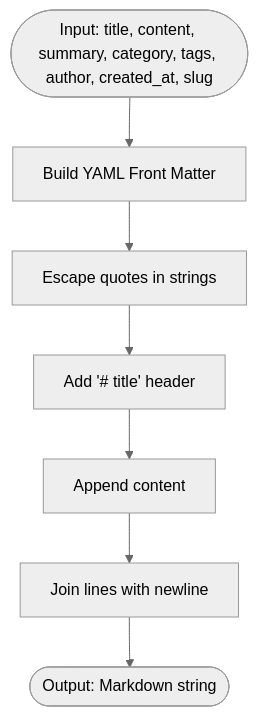
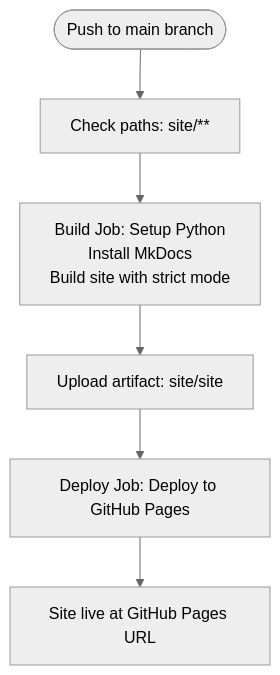
One commit to PolarisW007/PolaZhenJing changed the third of 4 diagrams in .qoder/repowiki/en/content/Backend Application/Publishing Pipeline.md. Above: the diagram before and after it, drawn with Mermaid (neutral theme). The commit also changed other lines of this file and 153 other files, not shown here.

````diff
--- a/.qoder/repowiki/en/content/Backend Application/Publishing Pipeline.md
+++ b/.qoder/repowiki/en/content/Backend Application/Publishing Pipeline.md
@@ -231,9 +154,8 @@
 ```mermaid
 flowchart TD
-Start(["Input: title, content, summary, category, tags, author, created_at, slug"]) --> FM["Build YAML Front Matter"]
-FM --> Escape["Escape quotes in strings"]
-Escape --> Header["Add '# title' header"]
-Header --> Body["Append content"]
-Body --> Join["Join lines with newline"]
-Join --> End(["Output: Markdown string"])
+Start(["Push to main branch"]) --> Check["Check paths: site/**"]
+Check --> Build["Build Job: Setup Python<br/>Install MkDocs<br/>Build site with strict mode"]
+Build --> Artifact["Upload artifact: site/site"]
+Artifact --> Deploy["Deploy Job: Deploy to GitHub Pages"]
+Deploy --> Live["Site live at GitHub Pages URL"]
 ```
````
